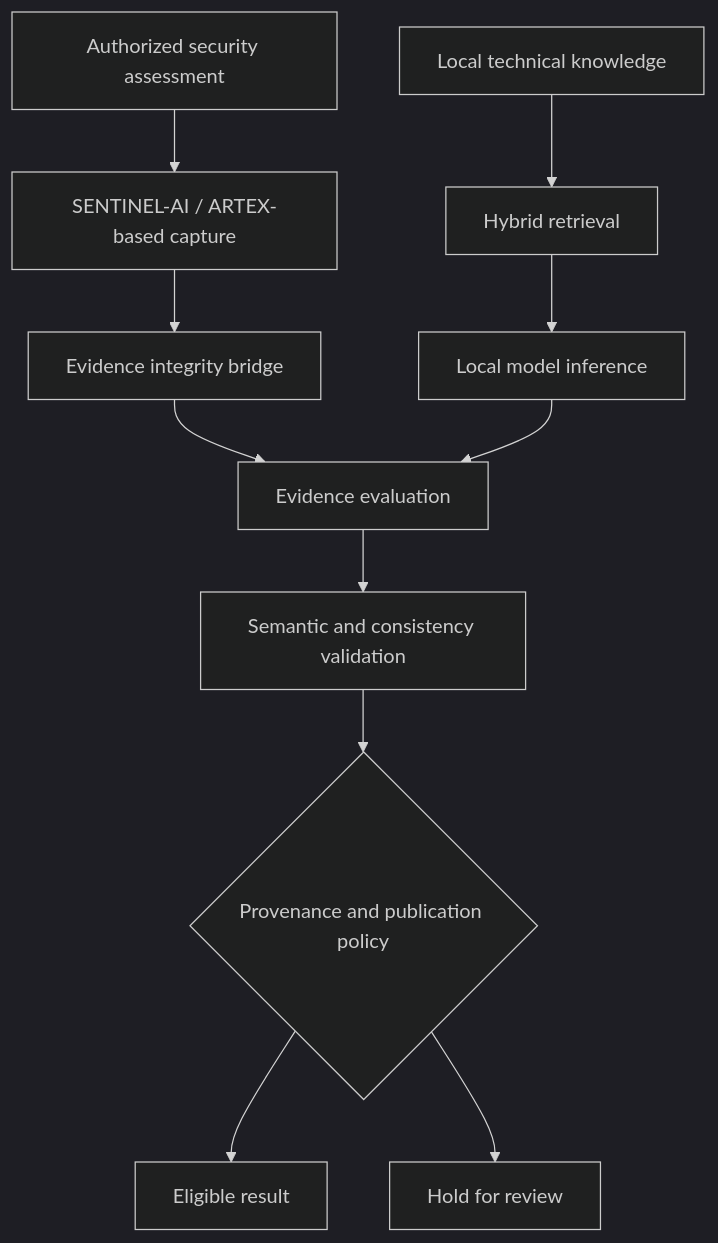
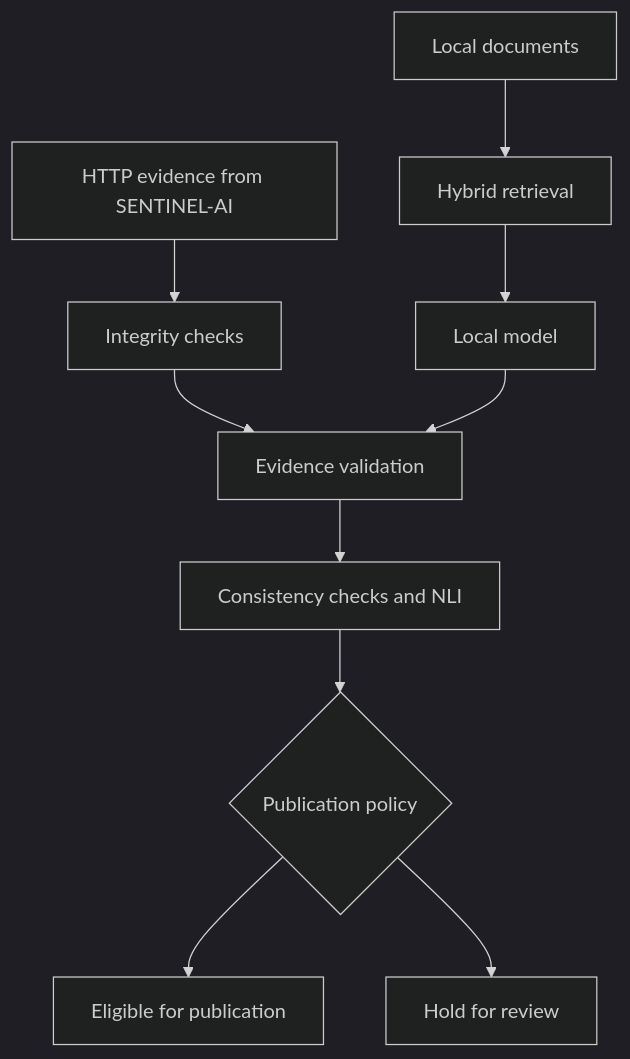
One commit to emamoreno7/emamoreno7 changed the diagram in showcase/cyber-intelligence.md. Above: the diagram before and after it, drawn with Mermaid (dark theme). The commit also changed other lines of this file, not shown here.

````diff
--- a/showcase/cyber-intelligence.md
+++ b/showcase/cyber-intelligence.md
@@ -13,13 +13,12 @@
 ```mermaid
 flowchart TD
-    A[Authorized security assessment] --> B[SENTINEL-AI / ARTEX-based capture]
-    B --> C[Evidence integrity bridge]
-    D[Local technical knowledge] --> E[Hybrid retrieval]
-    E --> F[Local model inference]
-    C --> G[Evidence evaluation]
-    F --> G
-    G --> H[Semantic and consistency validation]
-    H --> I{Provenance and publication policy}
-    I --> J[Eligible result]
-    I --> K[Hold for review]
+    A[Local documents] --> B[Hybrid retrieval]
+    B --> C[Local model]
+    D[HTTP evidence from SENTINEL-AI] --> E[Integrity checks]
+    E --> F[Evidence validation]
+    C --> F
+    F --> G[Consistency checks and NLI]
+    G --> H{Publication policy}
+    H --> I[Eligible for publication]
+    H --> J[Hold for review]
 ```
````
